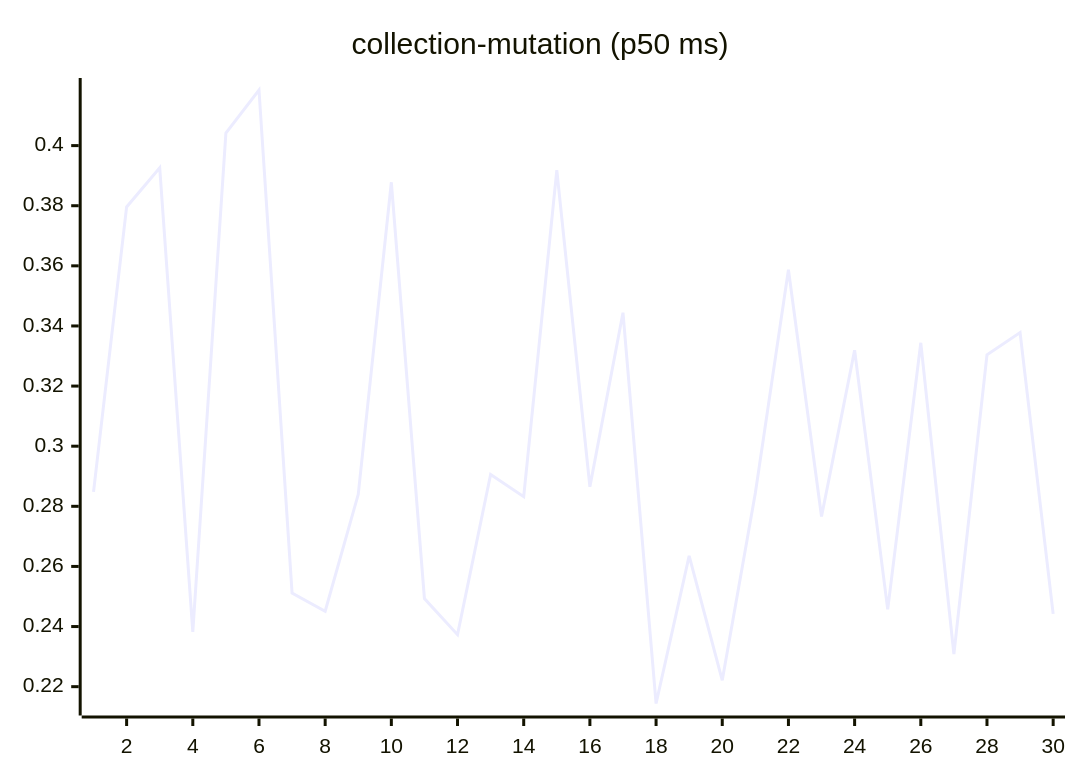
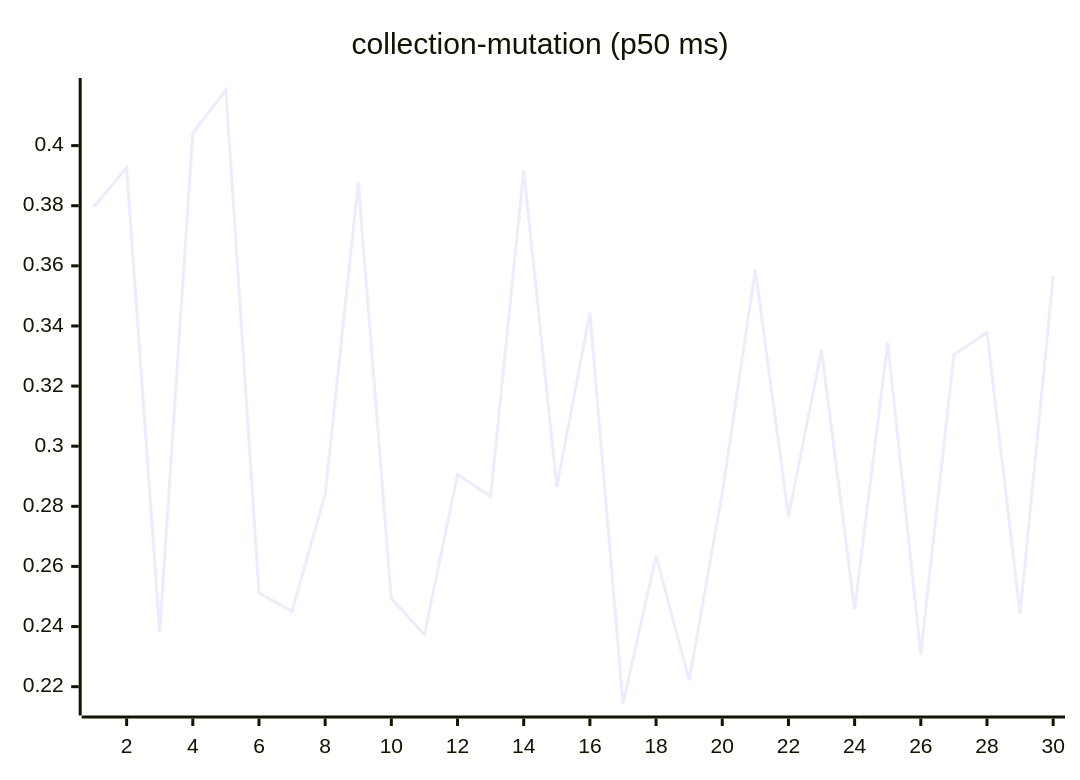
Before and after one commit to josha/Facet: the sixth of 27 diagrams in README.md, drawn with Mermaid. The commit also changed other lines of this file and 2 other files, not shown here.

````diff
--- a/README.md
+++ b/README.md
@@ -98,6 +98,6 @@
 ```mermaid
 xychart-beta
     title "collection-mutation (p50 ms)"
     x-axis 1 --> 30
-    line [0.2848, 0.3796, 0.3926, 0.2382, 0.4042, 0.4185, 0.2511, 0.2451, 0.2840, 0.3878, 0.2493, 0.2373, 0.2906, 0.2832, 0.3918, 0.2865, 0.3444, 0.2144, 0.2635, 0.2221, 0.2844, 0.3587, 0.2766, 0.3319, 0.2457, 0.3344, 0.2308, 0.3304, 0.3378, 0.2442]
+    line [0.3796, 0.3926, 0.2382, 0.4042, 0.4185, 0.2511, 0.2451, 0.2840, 0.3878, 0.2493, 0.2373, 0.2906, 0.2832, 0.3918, 0.2865, 0.3444, 0.2144, 0.2635, 0.2221, 0.2844, 0.3587, 0.2766, 0.3319, 0.2457, 0.3344, 0.2308, 0.3304, 0.3378, 0.2442, 0.3565]
 ```
````
